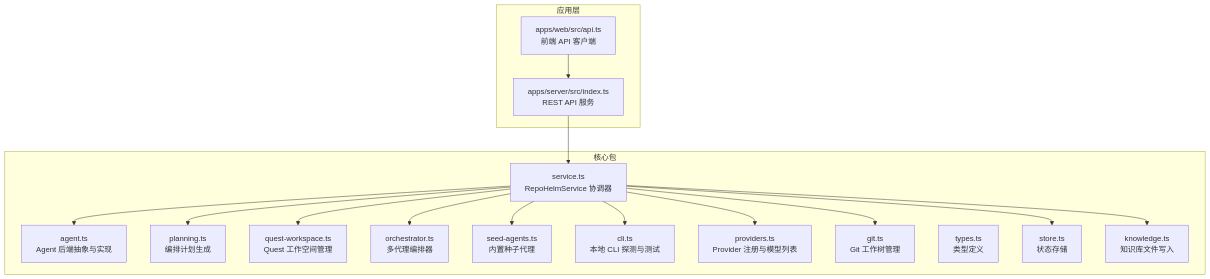
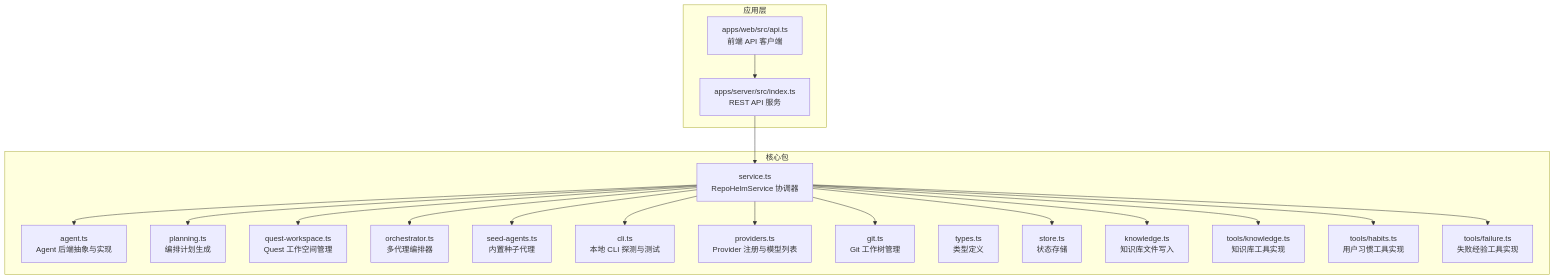
Before and after one commit to coconilu/RepoHelm: the first of 14 diagrams in .qoder/repowiki/zh/content/Agent 后端系统/Agent 后端系统.md, drawn with Mermaid. The commit also changed other lines of this file and 12 other files, not shown here.

````diff
--- a/.qoder/repowiki/zh/content/Agent 后端系统/Agent 后端系统.md
+++ b/.qoder/repowiki/zh/content/Agent 后端系统/Agent 后端系统.md
@@ -65,33 +70,39 @@
 ```mermaid
 graph TB
 subgraph "核心包"
 AG["agent.ts<br/>Agent 后端抽象与实现"]
 PL["planning.ts<br/>编排计划生成"]
 QW["quest-workspace.ts<br/>Quest 工作空间管理"]
 OR["orchestrator.ts<br/>多代理编排器"]
 SA["seed-agents.ts<br/>内置种子代理"]
 CL["cli.ts<br/>本地 CLI 探测与测试"]
 PR["providers.ts<br/>Provider 注册与模型列表"]
 SV["service.ts<br/>RepoHelmService 协调器"]
 GT["git.ts<br/>Git 工作树管理"]
 TP["types.ts<br/>类型定义"]
 ST["store.ts<br/>状态存储"]
 KL["knowledge.ts<br/>知识库文件写入"]
+KT["tools/knowledge.ts<br/>知识库工具实现"]
+HT["tools/habits.ts<br/>用户习惯工具实现"]
+FT["tools/failure.ts<br/>失败经验工具实现"]
 end
 subgraph "应用层"
 SRV["apps/server/src/index.ts<br/>REST API 服务"]
 WEB["apps/web/src/api.ts<br/>前端 API 客户端"]
 end
 SRV --> SV
 SV --> AG
 SV --> PL
 SV --> QW
 SV --> OR
 SV --> SA
 SV --> CL
 SV --> PR
 SV --> GT
 SV --> ST
 SV --> KL
+SV --> KT
+SV --> HT
+SV --> FT
 WEB --> SRV
 ```
````
